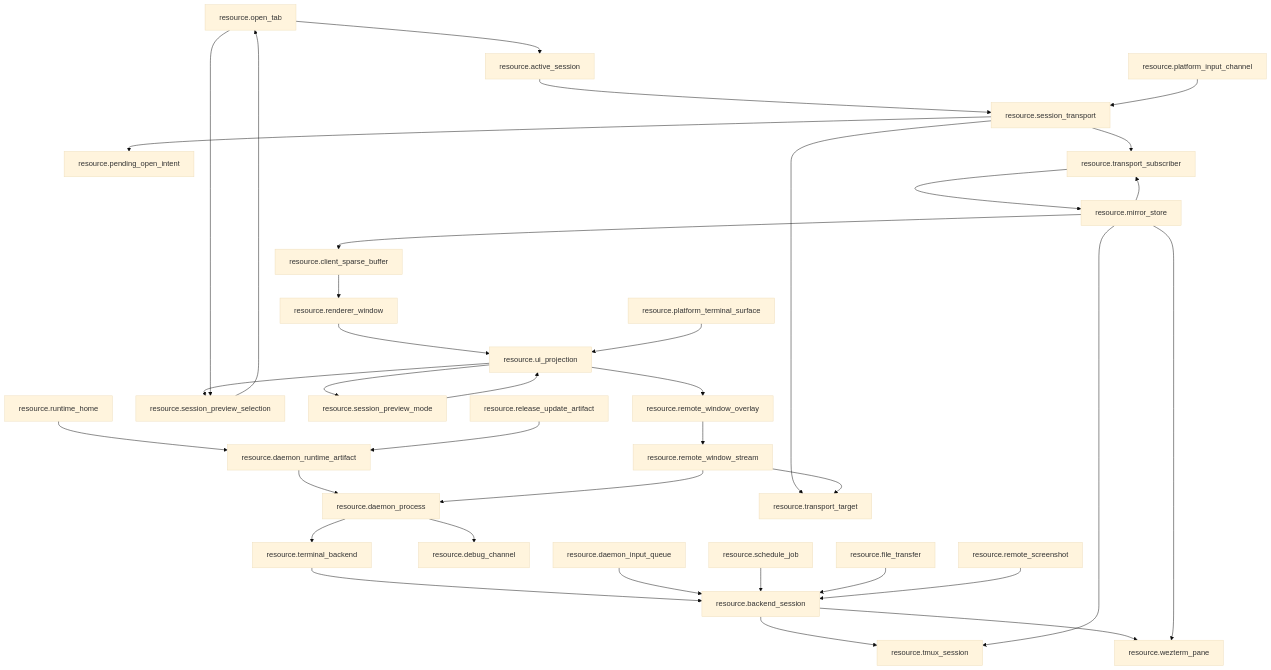
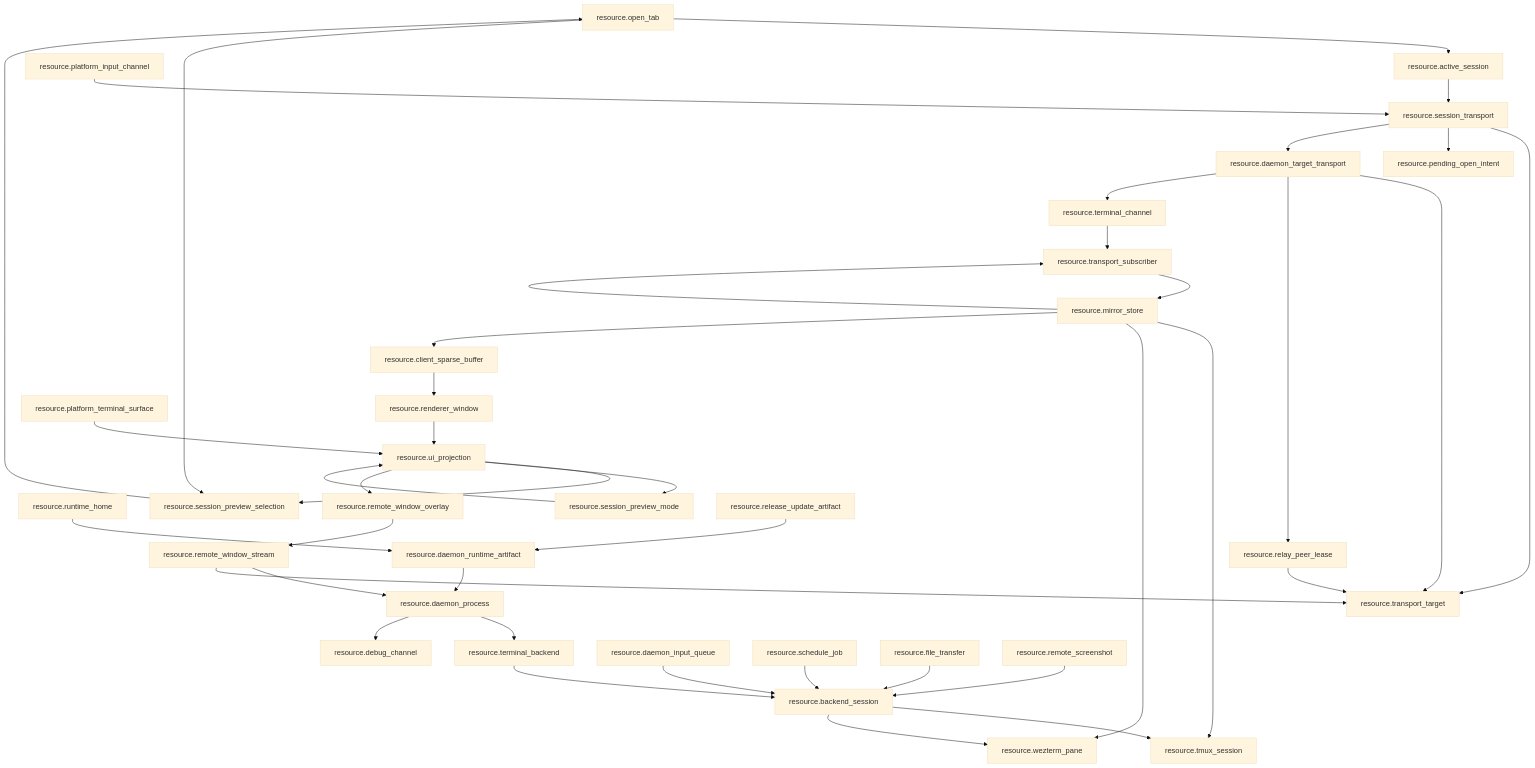
Before and after one commit to Jasonzhangf/zterm: the diagram in android/docs/resource-map.md, drawn with Mermaid (base theme). The commit also changed other lines of this file and 102 other files, not shown here.

Commit message:
fix: stabilize terminal mux transport

````diff
--- a/android/docs/resource-map.md
+++ b/android/docs/resource-map.md
@@ -28,38 +29,43 @@
 ```mermaid
 flowchart TD
   RuntimeHome["resource.runtime_home"] --> DaemonArtifact["resource.daemon_runtime_artifact"]
   DaemonArtifact --> DaemonProcess["resource.daemon_process"]
   DaemonProcess --> TerminalBackend["resource.terminal_backend"]
   DaemonProcess --> DebugChannel["resource.debug_channel"]
   TerminalBackend --> BackendSession["resource.backend_session"]
   BackendSession --> TmuxSession["resource.tmux_session"]
   BackendSession --> WeztermPane["resource.wezterm_pane"]
   OpenTab["resource.open_tab"] --> ActiveSession["resource.active_session"]
   ActiveSession --> SessionTransport["resource.session_transport"]
   SessionTransport --> TransportTarget["resource.transport_target"]
   SessionTransport --> PendingOpenIntent["resource.pending_open_intent"]
-  SessionTransport --> TransportSubscriber["resource.transport_subscriber"]
+  SessionTransport --> DaemonTargetTransport["resource.daemon_target_transport"]
+  DaemonTargetTransport --> TransportTarget
+  DaemonTargetTransport --> RelayPeerLease["resource.relay_peer_lease"]
+  RelayPeerLease --> TransportTarget
+  DaemonTargetTransport --> TerminalChannel["resource.terminal_channel"]
+  TerminalChannel --> TransportSubscriber["resource.transport_subscriber"]
   TransportSubscriber --> MirrorStore["resource.mirror_store"]
   MirrorStore --> TransportSubscriber
   MirrorStore --> TmuxSession
   MirrorStore --> WeztermPane
   MirrorStore --> ClientSparseBuffer["resource.client_sparse_buffer"]
   ClientSparseBuffer --> RendererWindow["resource.renderer_window"]
   RendererWindow --> UiProjection["resource.ui_projection"]
   UiProjection --> PreviewSelection["resource.session_preview_selection"]
   UiProjection --> PreviewMode["resource.session_preview_mode"]
   UiProjection --> RemoteWindowOverlay["resource.remote_window_overlay"]
   RemoteWindowOverlay --> RemoteWindowStream["resource.remote_window_stream"]
   RemoteWindowStream --> DaemonProcess
   RemoteWindowStream --> TransportTarget
   PreviewSelection --> OpenTab
   PreviewMode --> UiProjection
   PlatformSurface["resource.platform_terminal_surface"] --> UiProjection
   PlatformInput["resource.platform_input_channel"] --> SessionTransport
   DaemonInputQueue["resource.daemon_input_queue"] --> BackendSession
   ScheduleJob["resource.schedule_job"] --> BackendSession
   FileTransfer["resource.file_transfer"] --> BackendSession
   RemoteScreenshot["resource.remote_screenshot"] --> BackendSession
   ReleaseArtifact["resource.release_update_artifact"] --> DaemonArtifact
   OpenTab --> PreviewSelection
 ```
````
